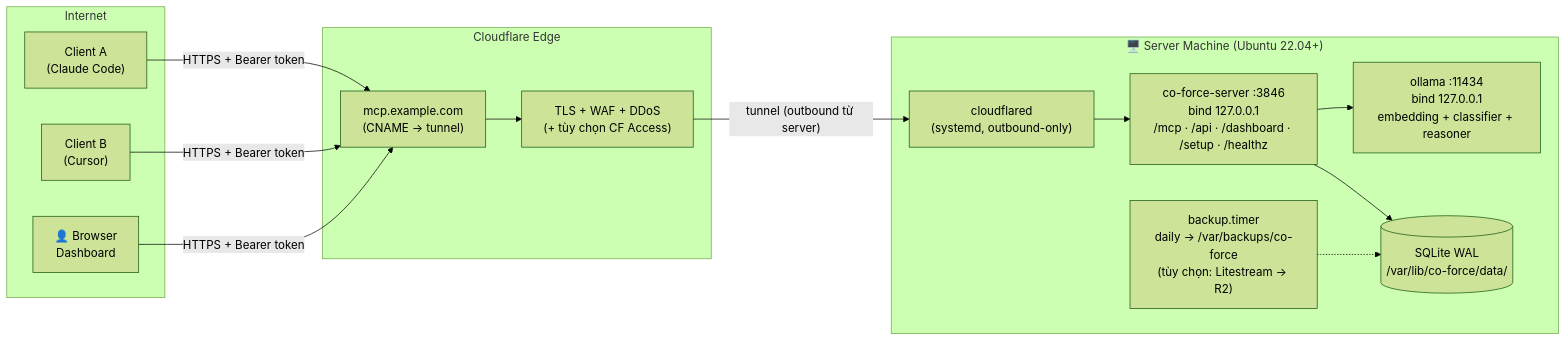
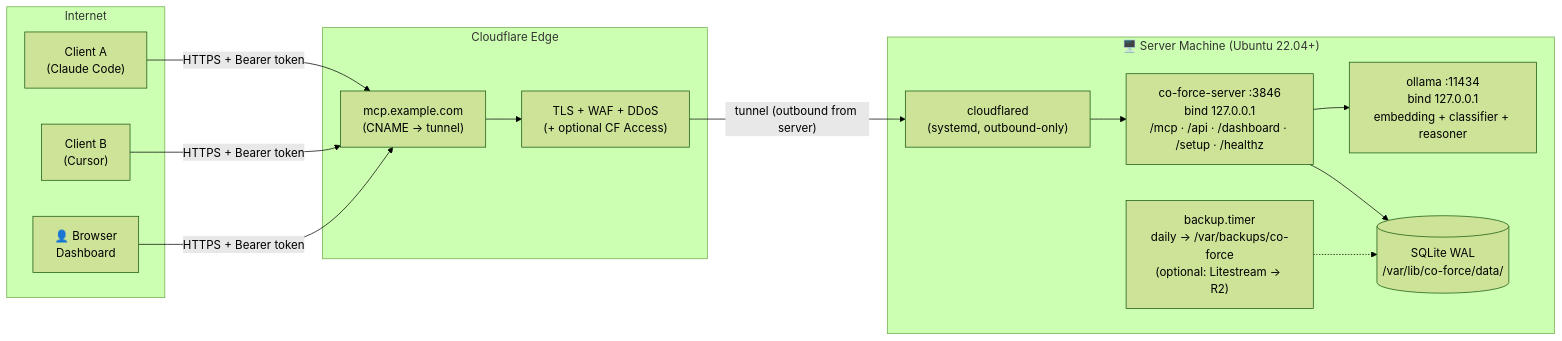
One commit to hiimtrung/co-force changed the diagram in docs/plans/06_server_deployment_and_tunnel.md. Above: the diagram before and after it, drawn with Mermaid (forest theme). The commit also changed other lines of this file and 17 other files, not shown here.

````diff
--- a/docs/plans/06_server_deployment_and_tunnel.md
+++ b/docs/plans/06_server_deployment_and_tunnel.md
@@ -22,26 +22,26 @@
 ```mermaid
 graph LR
     subgraph Internet
         C1["Client A<br/>(Claude Code)"]
         C2["Client B<br/>(Cursor)"]
         U["👤 Browser<br/>Dashboard"]
     end
 
     subgraph CF["Cloudflare Edge"]
         DNS["mcp.example.com<br/>(CNAME → tunnel)"]
-        WAF["TLS + WAF + DDoS<br/>(+ tùy chọn CF Access)"]
+        WAF["TLS + WAF + DDoS<br/>(+ optional CF Access)"]
     end
 
     subgraph SRV["🖥️ Server Machine (Ubuntu 22.04+)"]
         CFD["cloudflared<br/>(systemd, outbound-only)"]
         CO["co-force-server :3846<br/>bind 127.0.0.1<br/>/mcp · /api · /dashboard · /setup · /healthz"]
         OL["ollama :11434<br/>bind 127.0.0.1<br/>embedding + classifier + reasoner"]
         DB[("SQLite WAL<br/>/var/lib/co-force/data/")]
-        BK["backup.timer<br/>daily → /var/backups/co-force<br/>(tùy chọn: Litestream → R2)"]
+        BK["backup.timer<br/>daily → /var/backups/co-force<br/>(optional: Litestream → R2)"]
     end
 
-    C1 & C2 & U -->|"HTTPS + Bearer token"| DNS --> WAF -->|"tunnel (outbound từ server)"| CFD --> CO
+    C1 & C2 & U -->|"HTTPS + Bearer token"| DNS --> WAF -->|"tunnel (outbound from server)"| CFD --> CO
     CO --> OL
     CO --> DB
     BK -.-> DB
 ```
````
